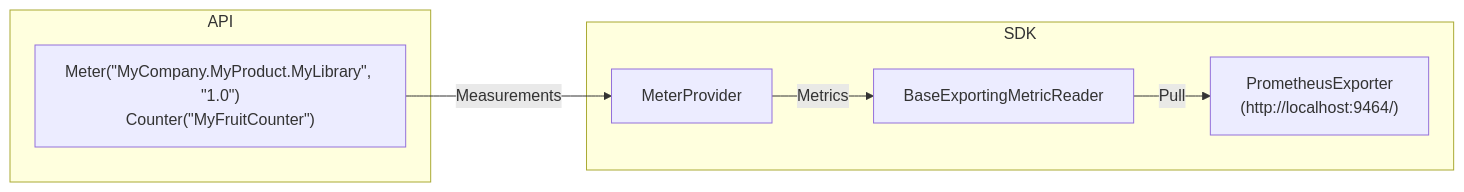
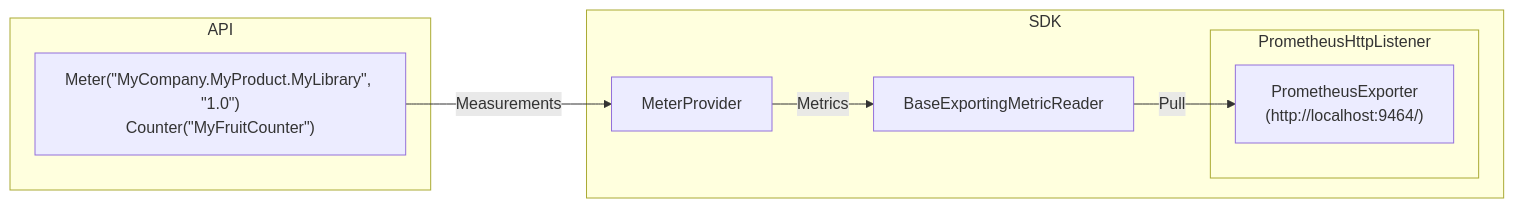
One commit to open-telemetry/opentelemetry-dotnet changed the first of 2 diagrams in docs/metrics/getting-started-prometheus-grafana/README.md. Above: the diagram before and after it, drawn with Mermaid. The commit also changed other lines of this file and 5 other files, not shown here.

````diff
--- a/docs/metrics/getting-started-prometheus-grafana/README.md
+++ b/docs/metrics/getting-started-prometheus-grafana/README.md
@@ -57,17 +66,19 @@
 ```mermaid
 graph LR
 
 subgraph SDK
   MeterProvider
   MetricReader[BaseExportingMetricReader]
-  PrometheusExporter["PrometheusExporter<br/>(http://localhost:9464/)"]
+  subgraph PrometheusHttpListener
+    PrometheusExporter["PrometheusExporter<br/>(http://localhost:9464/)"]
+  end
 end
 
 subgraph API
   Instrument["Meter(#quot;MyCompany.MyProduct.MyLibrary#quot;, #quot;1.0#quot;)<br/>Counter(#quot;MyFruitCounter#quot;)"]
 end
 
 Instrument --> | Measurements | MeterProvider
 
 MeterProvider --> | Metrics | MetricReader --> | Pull | PrometheusExporter
 ```
````
